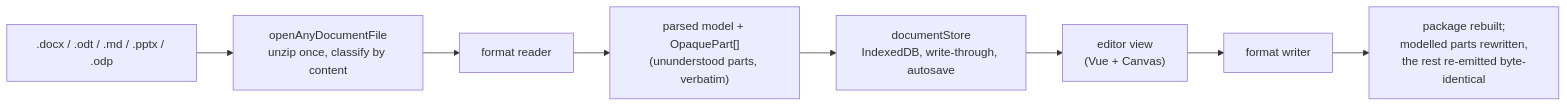
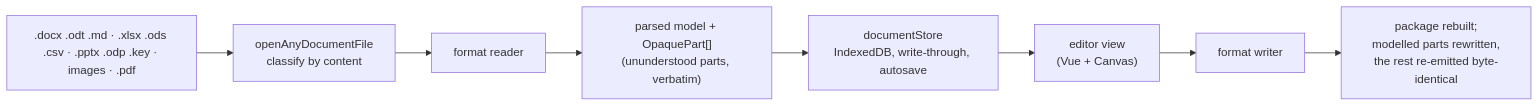
Before and after one commit to mdzunic/docu-edit: the second of 2 diagrams in README.md, drawn with Mermaid. The commit also changed other lines of this file and 3 other files, not shown here.

````diff
--- a/README.md
+++ b/README.md
@@ -143,10 +263,10 @@
 ```mermaid
 flowchart LR
-    File[".docx / .odt / .md / .pptx / .odp"] -->     Funnel["openAnyDocumentFile<br/>unzip once, classify by content"]
+    File[".docx .odt .md · .xlsx .ods .csv · .pptx .odp .key · images · .pdf"] --> Funnel["openAnyDocumentFile<br/>classify by content"]
     Funnel --> Reader["format reader"]
     Reader --> Parsed["parsed model + OpaquePart[]<br/>(ununderstood parts, verbatim)"]
     Parsed --> Store2["documentStore<br/>IndexedDB, write-through, autosave"]
     Store2 --> Editor["editor view<br/>(Vue + Canvas)"]
     Editor --> Writer["format writer"]
     Writer --> Out["package rebuilt;<br/>modelled parts rewritten,<br/>the rest re-emitted byte-identical"]
 ```
````
